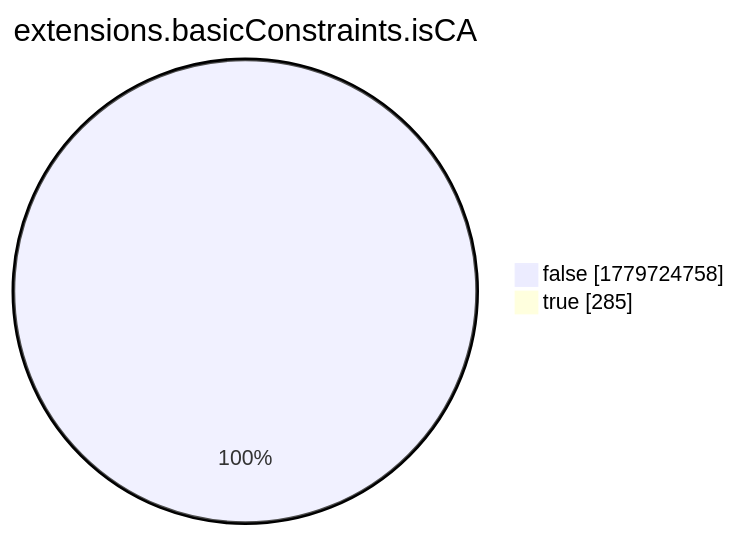
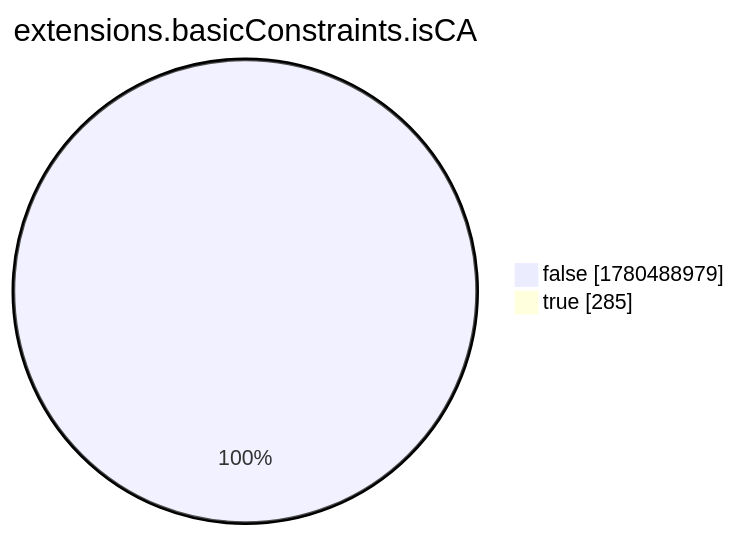
Before and after one commit to christiankrug/ctmonitor_visualization: the eighth of 15 diagrams in xenon2022/README.md, drawn with Mermaid. The commit also changed other lines of this file, not shown here.

````diff
--- a/xenon2022/README.md
+++ b/xenon2022/README.md
@@ -2868,6 +2868,6 @@
 ```mermaid
 pie showData
 title extensions.basicConstraints.isCA
-"false" :1779724758
+"false" :1780488979
 "true" :285
 ```
````
